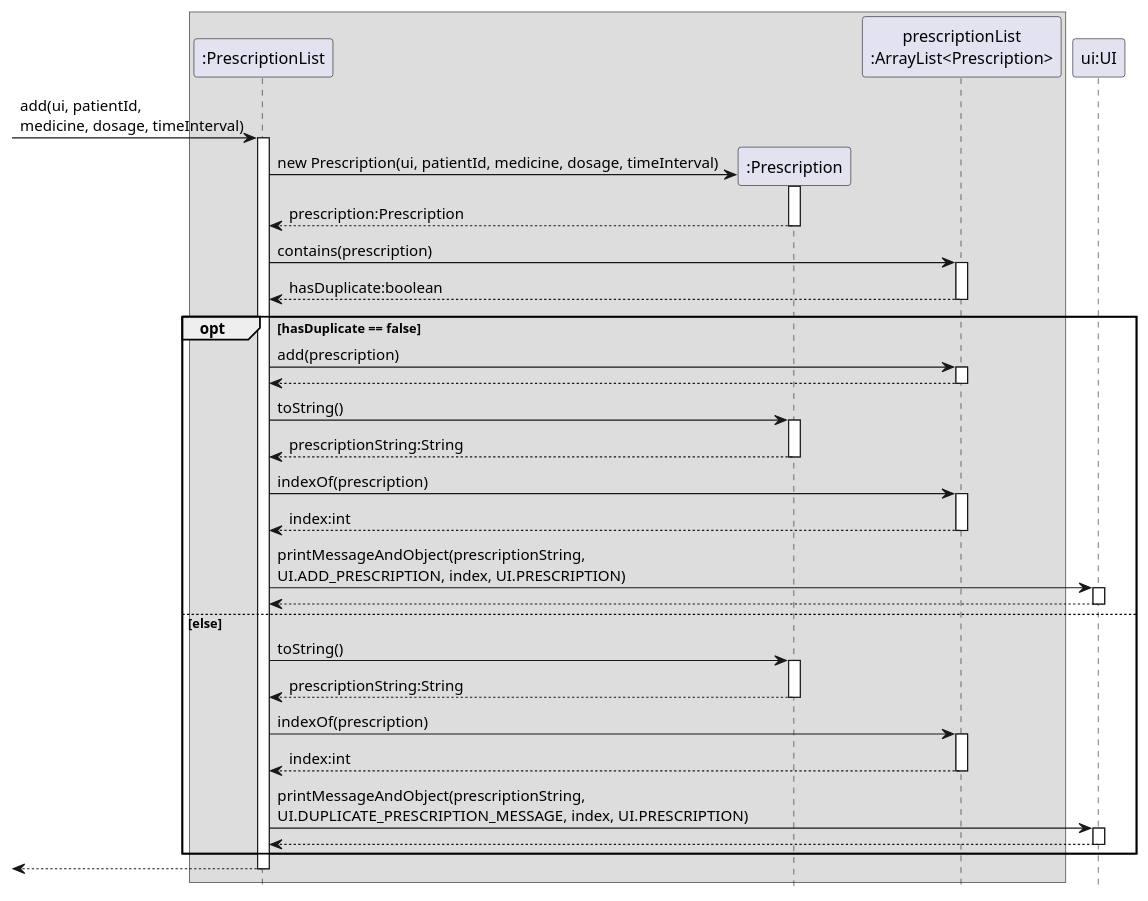
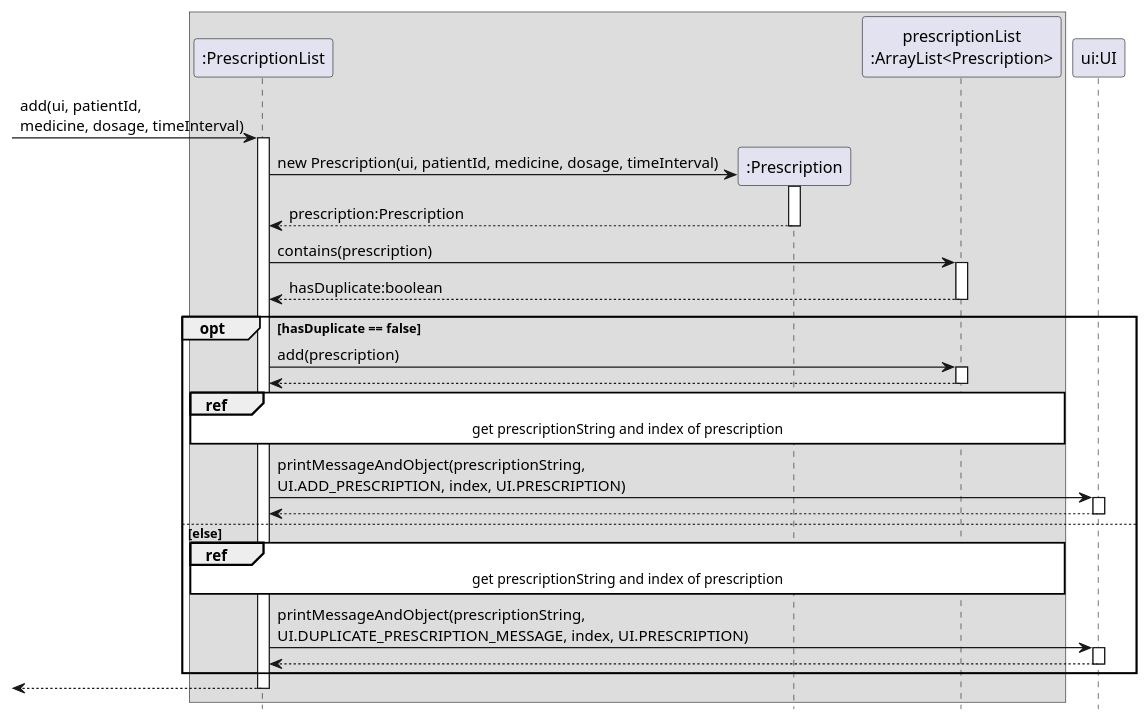
One commit to nus-cs2113-AY2223S1/tp changed the diagram in docs/diagrams/PrescriptionListAdd.puml. Above: the diagram before and after it, drawn with PlantUML. The commit also changed 1 other file, not shown here.

Commit message:
Omit getting prescription string and index with ref frame

```diff
--- a/docs/diagrams/PrescriptionListAdd.puml
+++ b/docs/diagrams/PrescriptionListAdd.puml
@@ -1,58 +1,51 @@
 @startuml
 hide footbox
+skinparam sequenceReferenceBackgroundColor #White
 
 box
 participant ":PrescriptionList" as A
 participant ":Prescription" as B
 participant "prescriptionList\n:ArrayList<Prescription>" as C
 end box
 
 participant "ui:UI" as D
 
 [-> A : add(ui, patientId, \nmedicine, dosage, timeInterval)
 activate A
 
 create B
 A -> B : new Prescription(ui, patientId, medicine, dosage, timeInterval)
 activate B
 B --> A : prescription:Prescription
 deactivate B
 
 A -> C : contains(prescription)
 activate C
 return hasDuplicate:boolean
 
 opt hasDuplicate == false
     A -> C : add(prescription)
     activate C
     return
 
-    A -> B : toString()
-    activate B
-    return prescriptionString:String
-
-    A -> C : indexOf(prescription)
-    activate C
-    return index:int
+    ref over A, B, C
+        get prescriptionString and index of prescription
+    end
 
     A -> D : printMessageAndObject(prescriptionString, \nUI.ADD_PRESCRIPTION, index, UI.PRESCRIPTION)
     activate D
     return
 
 else else
-    A -> B : toString()
-    activate B
-    return prescriptionString:String
-
-    A -> C : indexOf(prescription)
-    activate C
-    return index:int
+    ref over A, B, C
+            get prescriptionString and index of prescription
+        end
 
     A -> D : printMessageAndObject(prescriptionString, \nUI.DUPLICATE_PRESCRIPTION_MESSAGE, index, UI.PRESCRIPTION)
     activate D
     return
 end
 
 return
 
 @enduml
```
